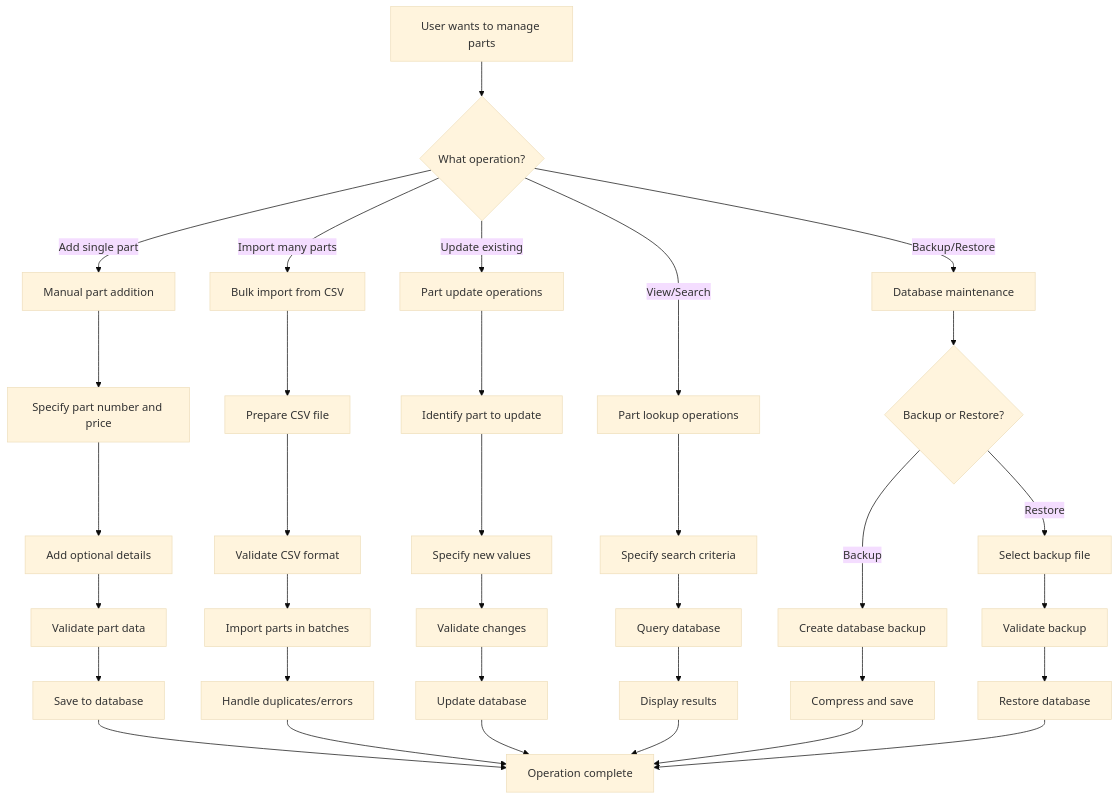
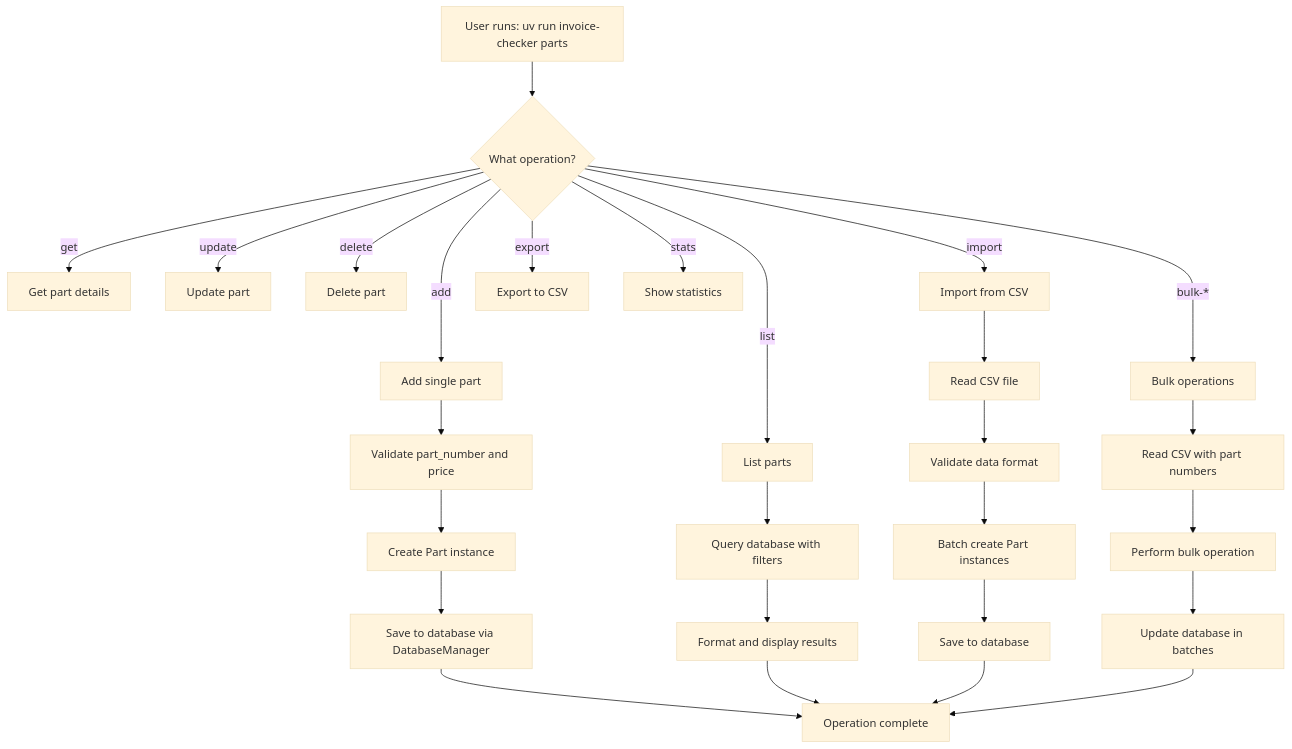
The third of 7 diagrams in docs/USER_FLOWS.md (Nuosis/invoice_line_cost_detection), drawn with Mermaid (base theme) before and after one commit. The commit also changed other lines of this file and 71 other files, not shown here.

````diff
--- a/docs/USER_FLOWS.md
+++ b/docs/USER_FLOWS.md
@@ -107,42 +102,34 @@
 ```mermaid
 flowchart TD
-    A[User wants to manage parts] --> B{What operation?}
+    A[User runs: uv run invoice-checker parts] --> B{What operation?}
     
-    B -->|Add single part| C[Manual part addition]
-    B -->|Import many parts| D[Bulk import from CSV]
-    B -->|Update existing| E[Part update operations]
-    B -->|View/Search| F[Part lookup operations]
-    B -->|Backup/Restore| G[Database maintenance]
+    B -->|add| C[Add single part]
+    B -->|list| D[List parts]
+    B -->|get| E[Get part details]
+    B -->|update| F[Update part]
+    B -->|delete| G[Delete part]
+    B -->|import| H[Import from CSV]
+    B -->|export| I[Export to CSV]
+    B -->|stats| J[Show statistics]
+    B -->|bulk-*| K[Bulk operations]
     
-    C --> C1[Specify part number and price]
-    C1 --> C2[Add optional details]
-    C2 --> C3[Validate part data]
-    C3 --> C4[Save to database]
-    C4 --> H[Operation complete]
+    C --> C1[Validate part_number and price]
+    C1 --> C2[Create Part instance]
+    C2 --> C3[Save to database via DatabaseManager]
+    C3 --> L[Operation complete]
     
-    D --> D1[Prepare CSV file]
-    D1 --> D2[Validate CSV format]
-    D2 --> D3[Import parts in batches]
-    D3 --> D4[Handle duplicates/errors]
-    D4 --> H
+    D --> D1[Query database with filters]
+    D1 --> D2[Format and display results]
+    D2 --> L
     
-    E --> E1[Identify part to update]
-    E1 --> E2[Specify new values]
-    E2 --> E3[Validate changes]
-    E3 --> E4[Update database]
-    E4 --> H
+    H --> H1[Read CSV file]
+    H1 --> H2[Validate data format]
+    H2 --> H3[Batch create Part instances]
+    H3 --> H4[Save to database]
+    H4 --> L
     
-    F --> F1[Specify search criteria]
-    F1 --> F2[Query database]
-    F2 --> F3[Display results]
-    F3 --> H
-    
-    G --> G1{Backup or Restore?}
-    G1 -->|Backup| G2[Create database backup]
-    G1 -->|Restore| G3[Select backup file]
-    G2 --> G4[Compress and save]
-    G3 --> G5[Validate backup]
-    G5 --> G6[Restore database]
-    G4 --> H
-    G6 --> H
+    K --> K1[Read CSV with part numbers]
+    K1 --> K2[Perform bulk operation]
+    K2 --> K3[Update database in batches]
+    K3 --> L
 ```
````
